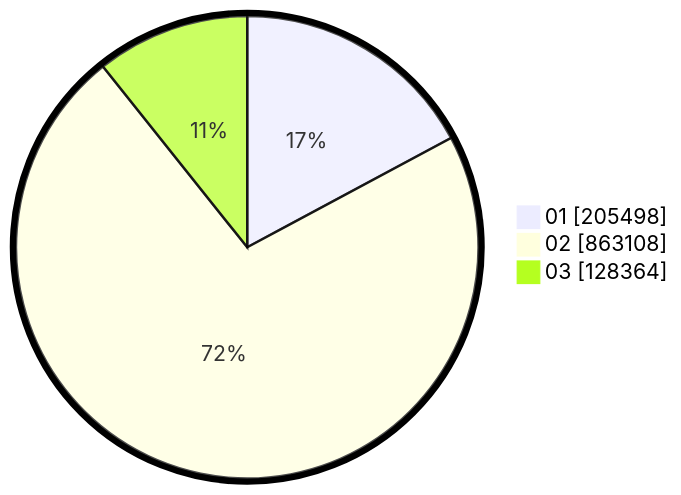
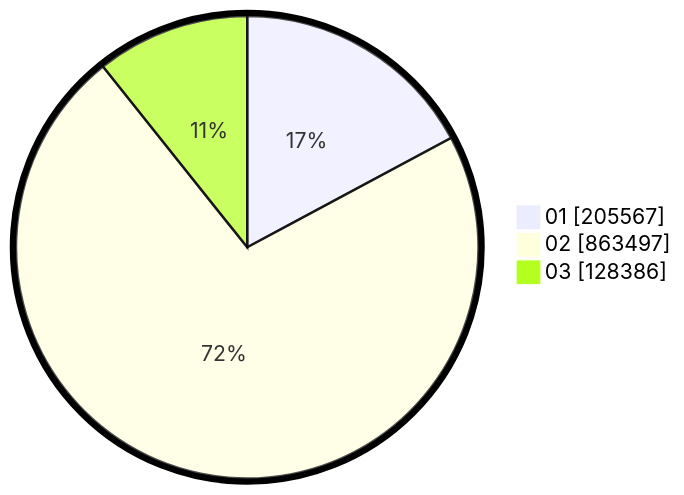
The second of 2 diagrams in pilpres/hitung-suara/sub/table-wilayah-62.md (gigit-pemilu/pemilu-2024), drawn with Mermaid before and after one commit. The commit also changed other lines of this file and 7 other files, not shown here.

````diff
--- a/pilpres/hitung-suara/sub/table-wilayah-62.md
+++ b/pilpres/hitung-suara/sub/table-wilayah-62.md
@@ -15,7 +15,7 @@
 ```mermaid
 %%{init: {"pie": {"textPosition": 0.5}, "themeVariables": {"pieOuterStrokeWidth": "5px"}} }%%
 pie showData
-    "01" : 205498
-    "02" : 863108
-    "03" : 128364
+    "01" : 205567
+    "02" : 863497
+    "03" : 128386
 ```
````
